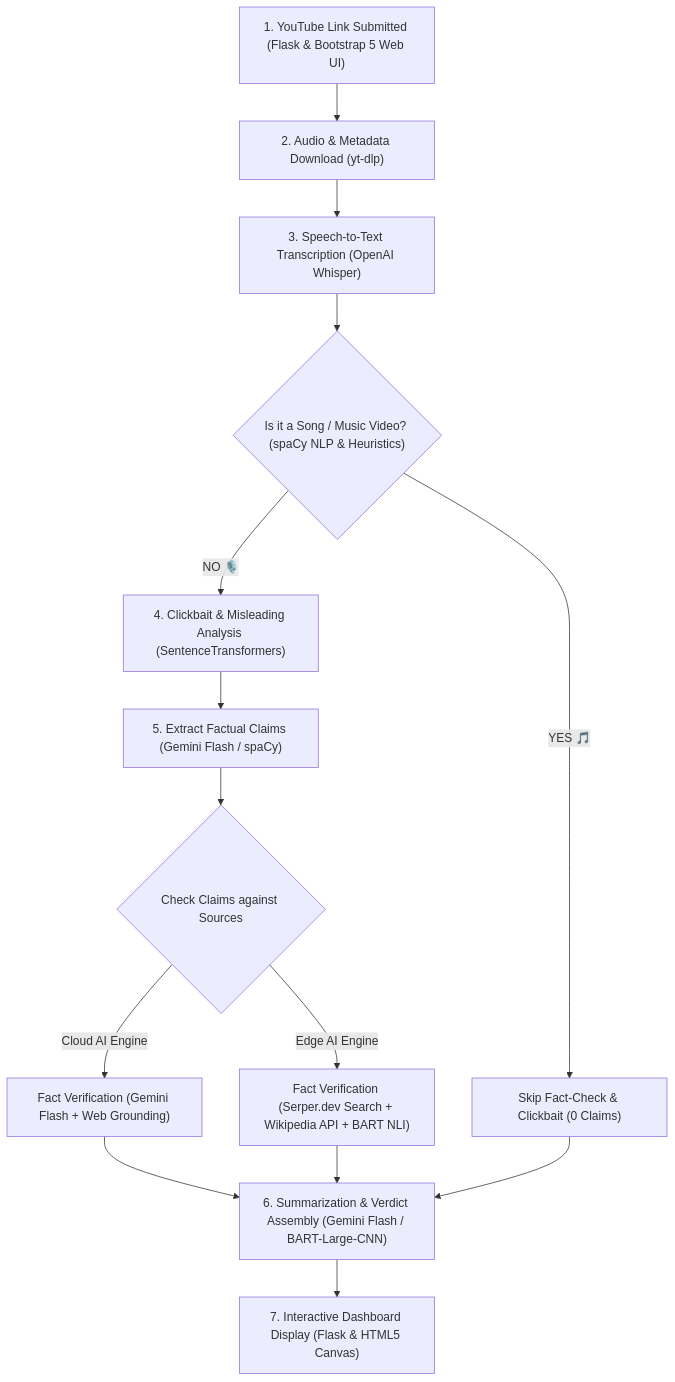
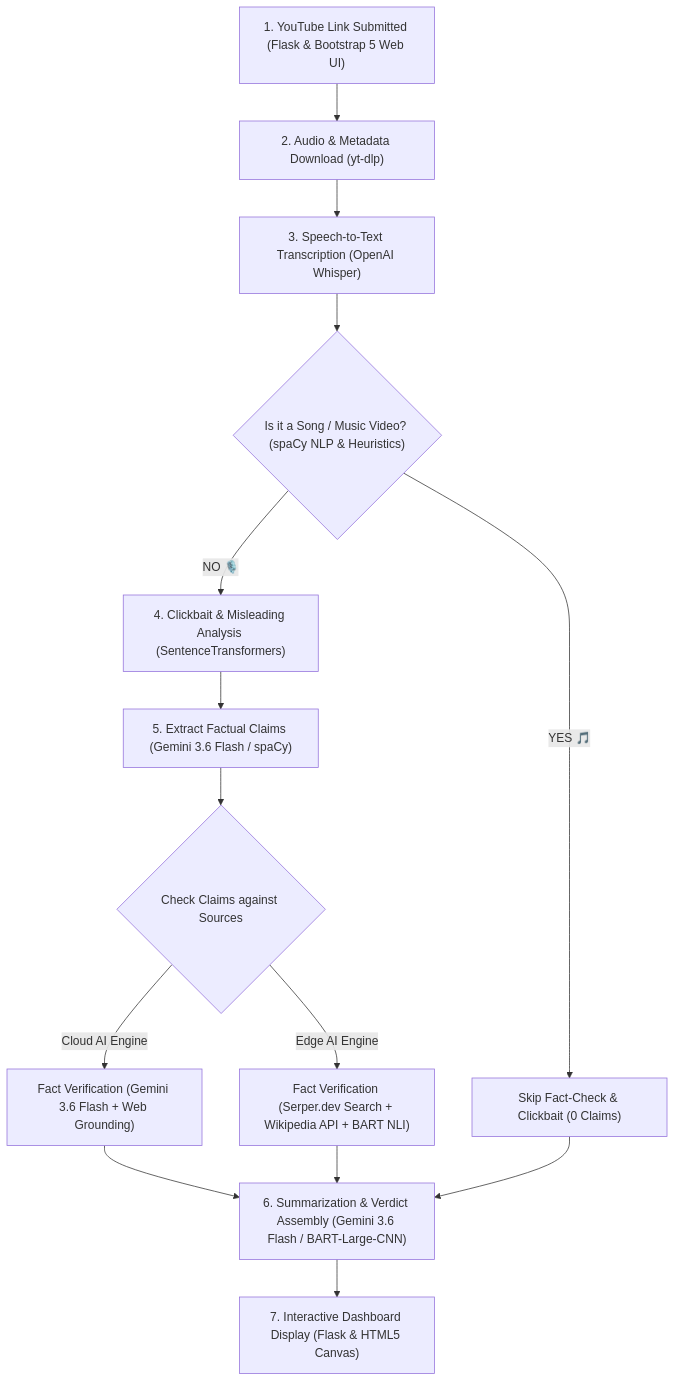
The diagram in README.md (notwarrior04/veritube_youtube_checker), drawn with Mermaid before and after one commit. The commit also changed other lines of this file, not shown here.

````diff
--- a/README.md
+++ b/README.md
@@ -21,21 +21,21 @@
 ```mermaid
 flowchart TD
     A["1. YouTube Link Submitted (Flask & Bootstrap 5 Web UI)"] --> B["2. Audio & Metadata Download (yt-dlp)"]
     B --> C["3. Speech-to-Text Transcription (OpenAI Whisper)"]
     C --> D{"Is it a Song / Music Video? (spaCy NLP & Heuristics)"}
     
     D -- "YES 🎵" --> E["Skip Fact-Check & Clickbait (0 Claims)"]
     D -- "NO 🎙️" --> F["4. Clickbait & Misleading Analysis (SentenceTransformers)"]
     
-    F --> G["5. Extract Factual Claims (Gemini Flash / spaCy)"]
+    F --> G["5. Extract Factual Claims (Gemini 3.6 Flash / spaCy)"]
     G --> H{"Check Claims against Sources"}
     
-    H -- "Cloud AI Engine" --> I["Fact Verification (Gemini Flash + Web Grounding)"]
+    H -- "Cloud AI Engine" --> I["Fact Verification (Gemini 3.6 Flash + Web Grounding)"]
     H -- "Edge AI Engine" --> J["Fact Verification (Serper.dev Search + Wikipedia API + BART NLI)"]
     
-    I --> K["6. Summarization & Verdict Assembly (Gemini Flash / BART-Large-CNN)"]
+    I --> K["6. Summarization & Verdict Assembly (Gemini 3.6 Flash / BART-Large-CNN)"]
     J --> K
     E --> K
     
     K --> L["7. Interactive Dashboard Display (Flask & HTML5 Canvas)"]
 ```
````
